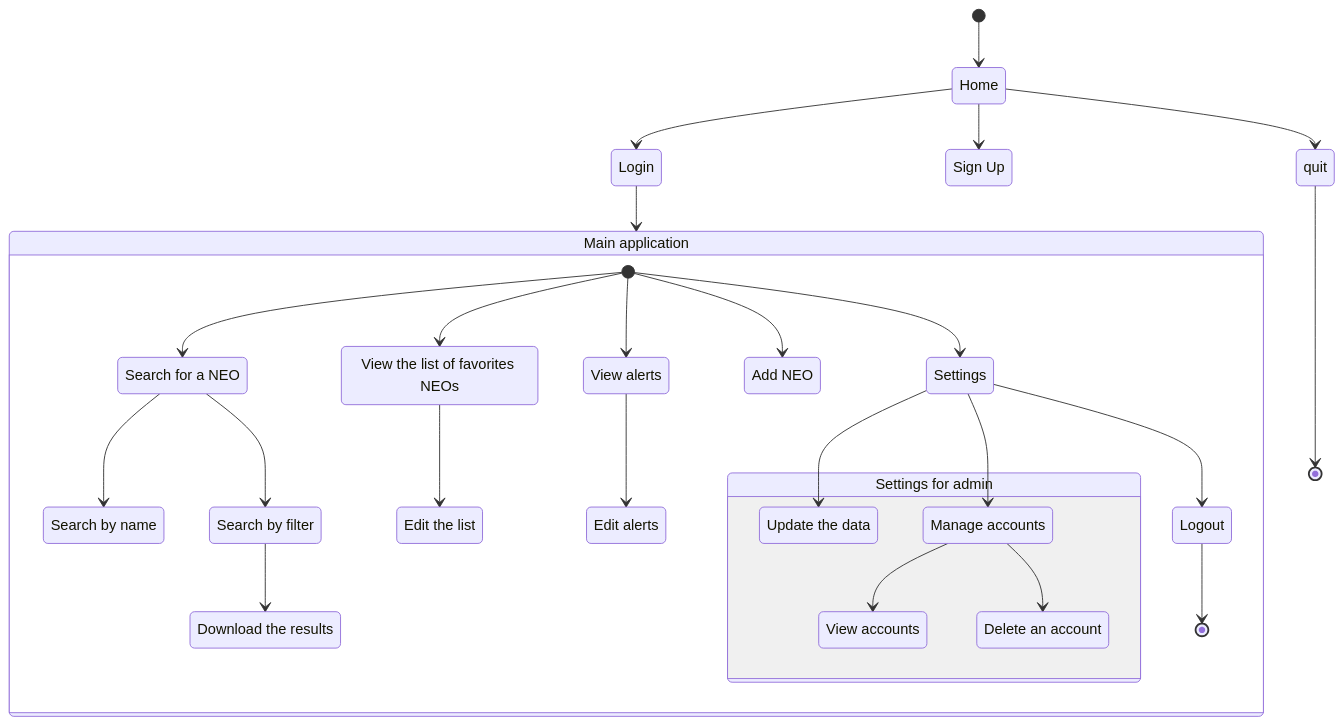
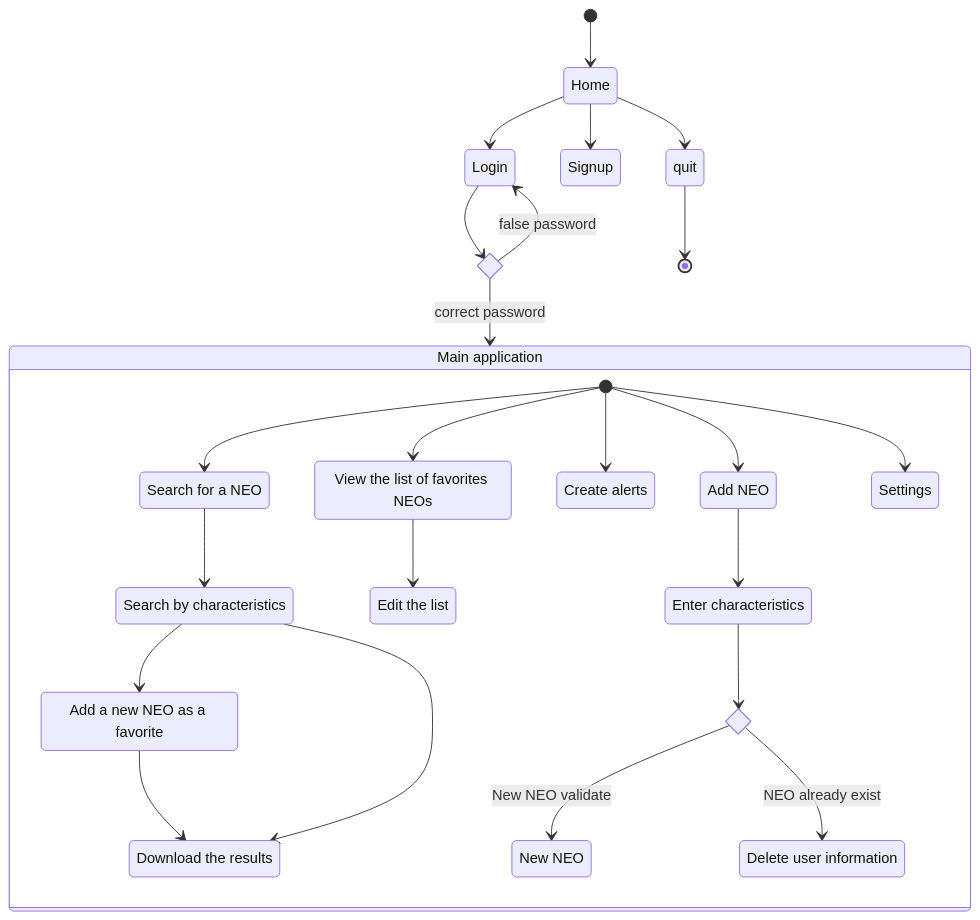
The diagram in doc/activity_diagram.md (Yazaaaaaa/ensai-it-project-2a-team2), drawn with Mermaid before and after one commit. The commit also changed 14 other files, not shown here.

Commit message:
activity diagram

````diff
--- a/doc/activity_diagram.md
+++ b/doc/activity_diagram.md
@@ -1,50 +1,48 @@
 ```mermaid
 stateDiagram
-    login : Login
-    main_app : Main application
-    signup : Sign Up
-    search_neo : Search for a NEO
-    favs_list : View the list of favorites NEOs
-    settings : Settings
-    search_name : Search by name
-    search_filter : Search by filter
-    download : Download the results
-    edit_list : Edit the list
-    update_data : Update the data
-    manage_accounts : Manage accounts
-    alerts : View alerts
-    edit_alerts : Edit alerts
-    add_neo : Add NEO
-    view_accounts : View accounts
-    delete_accounts : Delete an account
-    logout : Logout
-    settings_admin : Settings for admin
+  main_app:Main application
+  search_neo:Search for a NEO
+  search_characteristics:Search by characteristics
+  download:Download the results
+  add_favorites:Add a new NEO as a favorite
+  favs_list:View the list of favorites NEOs
+  edit_list:Edit the list
+  add_neo:Add NEO
+  enter_characteristics:Enter characteristics
+  New_neo:New NEO
+  Delete_user_info:Delete user information
+  create_alerts:Create alerts
+  settings:Settings
+  login:Login
+  signup:Signup
 
-    [*] --> Home
-    Home --> login
-    login --> main_app
-    Home --> signup
-    Home --> quit
-    quit --> [*]
+  state if_state <<choice>>
+  state if_statemain <<choice>>
 
-    state main_app {
-        [*] --> search_neo
-        search_neo --> search_name
-        search_neo --> search_filter
-        search_filter --> download
-        [*] --> favs_list
-        favs_list --> edit_list
-        [*] --> alerts
-        alerts --> edit_alerts
-        [*] --> add_neo
-        [*] --> settings
-        state settings_admin {
-            settings --> update_data
-            settings --> manage_accounts
-            manage_accounts --> view_accounts
-            manage_accounts --> delete_accounts
-        }
-        settings --> logout
-        logout --> [*]
-    }
+  [*] --> Home
+  Home --> quit
+  quit --> [*]
+  Home --> signup
+  Home --> login
+  login --> if_state
+  if_state --> main_app:correct password
+  if_state --> login:false password
+
+  state main_app {
+    [*] --> search_neo
+    search_neo --> search_characteristics
+    search_characteristics --> add_favorites
+    add_favorites --> download
+    search_characteristics --> download
+    [*] --> favs_list
+    favs_list --> edit_list
+    [*] --> create_alerts
+    [*] --> add_neo
+    add_neo --> enter_characteristics
+    enter_characteristics --> if_statemain
+    if_statemain --> New_neo:New NEO validate
+    if_statemain --> Delete_user_info:NEO already exist
+    [*] --> settings
+
+  }
 ```
````
